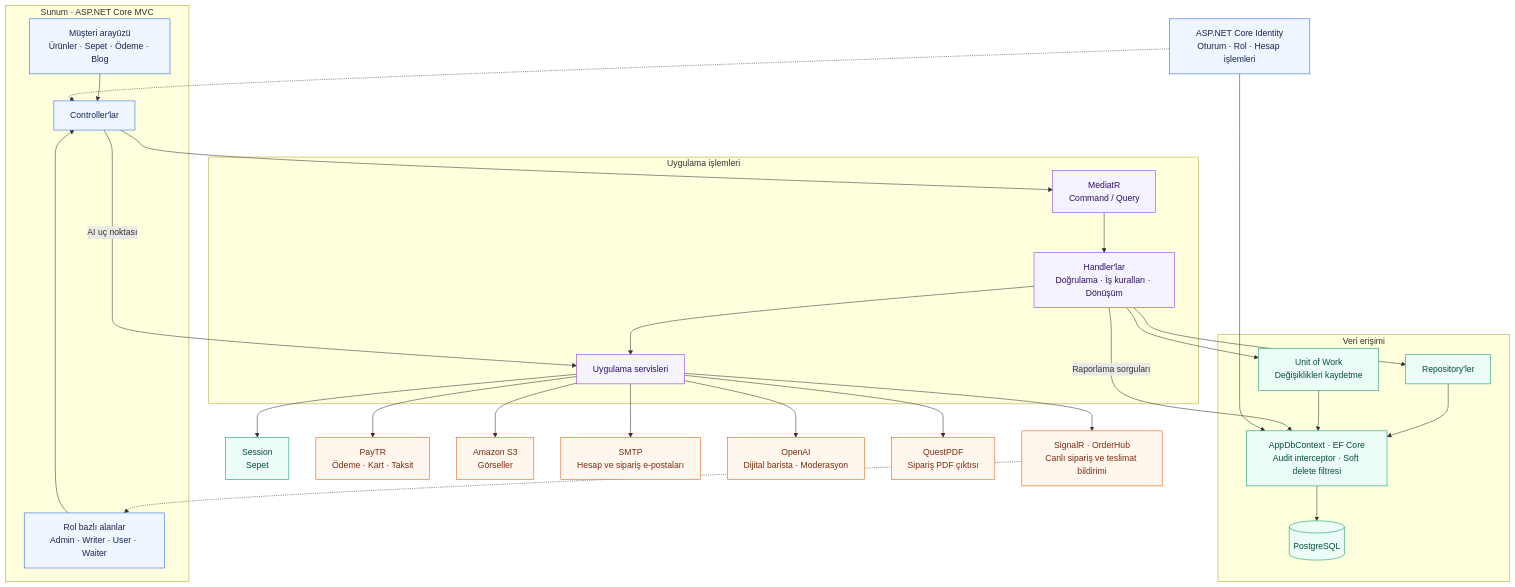
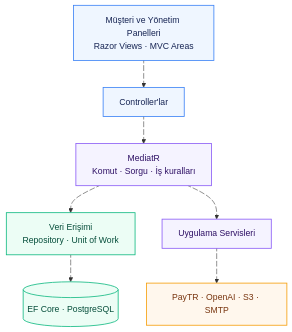
Before and after one commit to burakhanulusoy/MyAcademy_Bagery: the first of 8 diagrams in README.md, drawn with Mermaid. The commit also changed other lines of this file, not shown here.

````diff
--- a/README.md
+++ b/README.md
@@ -193,56 +204,33 @@
 ```mermaid
 flowchart TB
-    subgraph UI["Sunum · ASP.NET Core MVC"]
-        WEB["Müşteri arayüzü<br/>Ürünler · Sepet · Ödeme · Blog"]
-        PANELS["Rol bazlı alanlar<br/>Admin · Writer · User · Waiter"]
-        CTRL["Controller'lar"]
-        WEB --> CTRL
-        PANELS --> CTRL
-    end
+    UI["Müşteri ve Yönetim Panelleri<br/>Razor Views · MVC Areas"]
+    MVC["Controller'lar"]
+    HANDLER["MediatR<br/>Komut · Sorgu · İş kuralları"]
+    REPO["Veri Erişimi<br/>Repository · Unit of Work"]
+    DB[("EF Core · PostgreSQL")]
+    SERVICE["Uygulama Servisleri"]
+    EXTERNAL["PayTR · OpenAI · S3 · SMTP"]
+    UI a1@--> MVC
+    MVC a2@--> HANDLER
+    HANDLER a3@--> REPO
+    REPO a4@--> DB
+    HANDLER a5@--> SERVICE
+    SERVICE a6@--> EXTERNAL
+    class UI,MVC entry;
+    class HANDLER,SERVICE process;
+    class REPO,DB success;
+    class EXTERNAL decision;
 
-    AUTH["ASP.NET Core Identity<br/>Oturum · Rol · Hesap işlemleri"]
-    AUTH -.-> CTRL
+    classDef entry fill:#EFF6FF,stroke:#3B82F6,color:#172554,stroke-width:1.5px;
+    classDef process fill:#F5F3FF,stroke:#8B5CF6,color:#2E1065,stroke-width:1.5px;
+    classDef success fill:#ECFDF5,stroke:#10B981,color:#064E3B,stroke-width:1.5px;
+    classDef decision fill:#FFF7ED,stroke:#F59E0B,color:#78350F,stroke-width:1.5px;
+    classDef failure fill:#FFF1F2,stroke:#F43F5E,color:#881337,stroke-width:1.5px;
 
-    subgraph APP["Uygulama işlemleri"]
-        MED["MediatR<br/>Command / Query"]
-        HAND["Handler'lar<br/>Doğrulama · İş kuralları · Dönüşüm"]
-        SERV["Uygulama servisleri"]
-        MED --> HAND
-        HAND --> SERV
-    end
-
-    CTRL --> MED
-    CTRL -->|"AI uç noktası"| SERV
-
-    subgraph DATA["Veri erişimi"]
-        REPO["Repository'ler"]
-        UOW["Unit of Work<br/>Değişiklikleri kaydetme"]
-        CTX["AppDbContext · EF Core<br/>Audit interceptor · Soft delete filtresi"]
-        DB[("PostgreSQL")]
-        REPO --> CTX
-        UOW --> CTX
-        CTX --> DB
-    end
-
-    HAND --> REPO
-    HAND --> UOW
-    HAND -->|"Raporlama sorguları"| CTX
-    AUTH --> CTX
-    SERV --> SESSION["Session<br/>Sepet"]
-    SERV --> PAY["PayTR<br/>Ödeme · Kart · Taksit"]
-    SERV --> S3["Amazon S3<br/>Görseller"]
-    SERV --> MAIL["SMTP<br/>Hesap ve sipariş e-postaları"]
-    SERV --> AI["OpenAI<br/>Dijital barista · Moderasyon"]
-    SERV --> PDF["QuestPDF<br/>Sipariş PDF çıktısı"]
-    SERV --> HUB["SignalR · OrderHub<br/>Canlı sipariş ve teslimat bildirimi"]
-    HUB -.-> PANELS
-
-    classDef presentation fill:#eff6ff,stroke:#2563eb,color:#172554;
-    classDef application fill:#f5f3ff,stroke:#7c3aed,color:#2e1065;
-    classDef storage fill:#ecfdf5,stroke:#059669,color:#064e3b;
-    classDef integration fill:#fff7ed,stroke:#ea580c,color:#7c2d12;
-    class WEB,PANELS,CTRL,AUTH presentation;
-    class MED,HAND,SERV application;
-    class REPO,UOW,CTX,DB,SESSION storage;
-    class PAY,S3,MAIL,AI,PDF,HUB integration;
+    a1@{ animation: slow }
+    a2@{ animation: slow }
+    a3@{ animation: slow }
+    a4@{ animation: slow }
+    a5@{ animation: slow }
+    a6@{ animation: slow }
 ```
````
